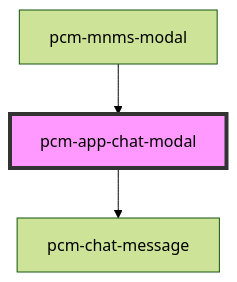
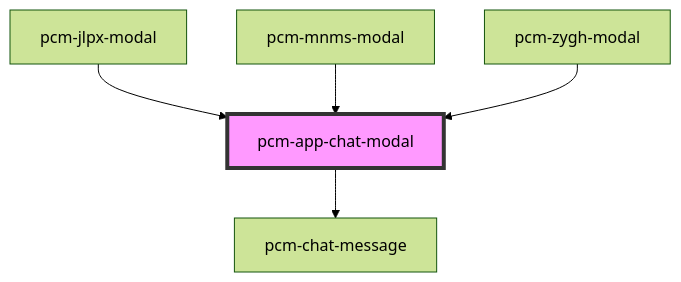
Before and after one commit to Pincaimao/pcm-agents-sdk: the diagram in packages/pcm-agents/docs/components/pcm-app-chat-modal/readme.md, drawn with Mermaid (forest theme). The commit also changed other lines of this file and 20 other files, not shown here.

````diff
--- a/packages/pcm-agents/docs/components/pcm-app-chat-modal/readme.md
+++ b/packages/pcm-agents/docs/components/pcm-app-chat-modal/readme.md
@@ -52,6 +55,8 @@
 ```mermaid
 graph TD;
   pcm-app-chat-modal --> pcm-chat-message
+  pcm-jlpx-modal --> pcm-app-chat-modal
   pcm-mnms-modal --> pcm-app-chat-modal
+  pcm-zygh-modal --> pcm-app-chat-modal
   style pcm-app-chat-modal fill:#f9f,stroke:#333,stroke-width:4px
 ```
````
